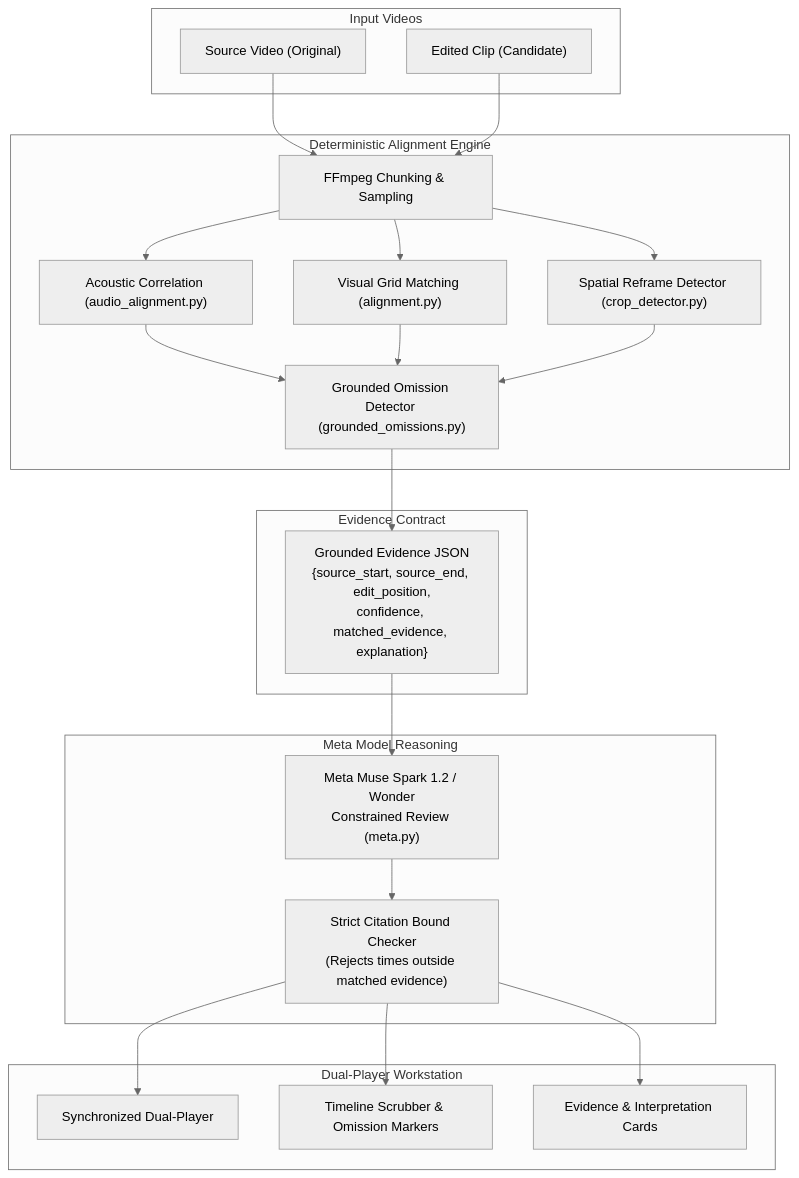
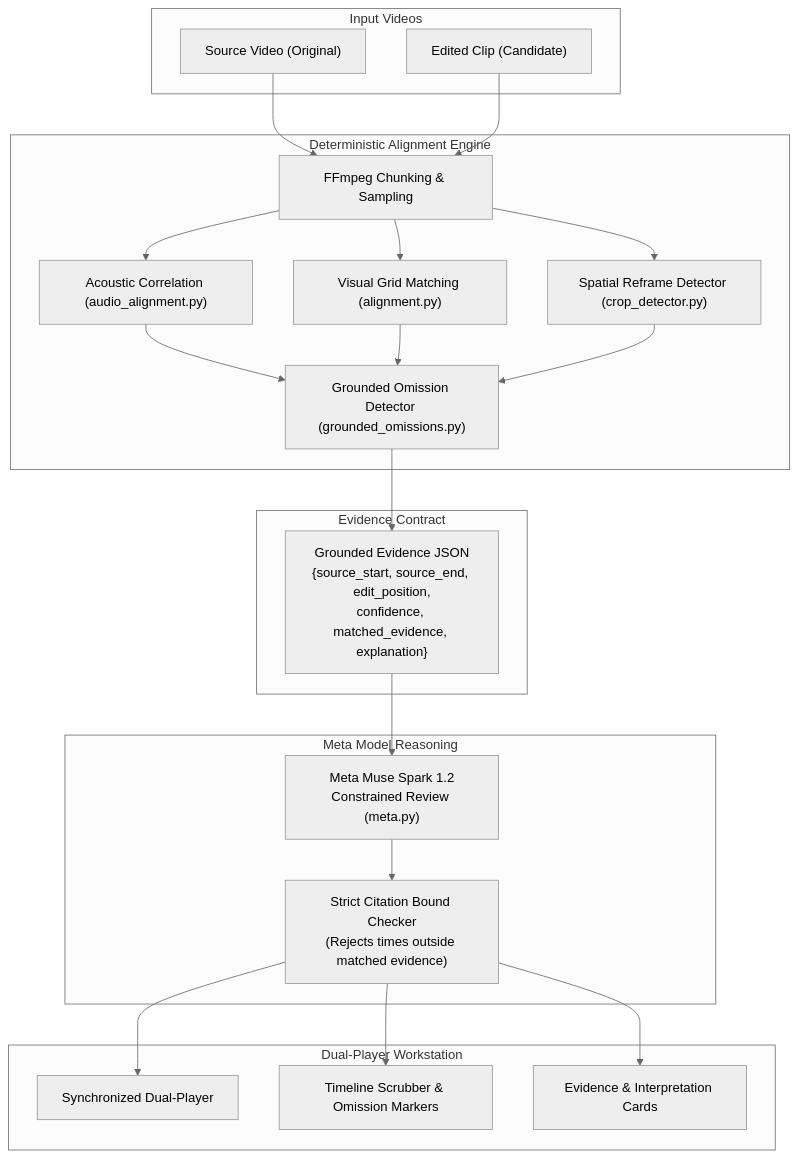
The diagram in README.md (thecodekaizen/context), drawn with Mermaid (neutral theme) before and after one commit. The commit also changed other lines of this file and 5 other files, not shown here.

````diff
--- a/README.md
+++ b/README.md
@@ -28,45 +28,45 @@
 ```mermaid
 flowchart TD
     subgraph Input ["Input Videos"]
         SourceVideo["Source Video (Original)"]
         EditedVideo["Edited Clip (Candidate)"]
     end
 
     subgraph Aligner ["Deterministic Alignment Engine"]
         FFmpeg["FFmpeg Chunking & Sampling"]
         AudioCorr["Acoustic Correlation (audio_alignment.py)"]
         VisualMatch["Visual Grid Matching (alignment.py)"]
         CropDetect["Spatial Reframe Detector (crop_detector.py)"]
         OmissionGrounding["Grounded Omission Detector (grounded_omissions.py)"]
         
         SourceVideo --> FFmpeg
         EditedVideo --> FFmpeg
         FFmpeg --> AudioCorr
         FFmpeg --> VisualMatch
         FFmpeg --> CropDetect
         AudioCorr --> OmissionGrounding
         VisualMatch --> OmissionGrounding
         CropDetect --> OmissionGrounding
     end
 
     subgraph Evidence ["Evidence Contract"]
         EvidenceJSON["Grounded Evidence JSON\n{source_start, source_end, edit_position,\nconfidence, matched_evidence, explanation}"]
         OmissionGrounding --> EvidenceJSON
     end
 
     subgraph Reasoning ["Meta Model Reasoning"]
-        MetaSpark["Meta Muse Spark 1.2 / Wonder\nConstrained Review (meta.py)"]
+        MetaSpark["Meta Muse Spark 1.2\nConstrained Review (meta.py)"]
         CitationGuard["Strict Citation Bound Checker\n(Rejects times outside matched evidence)"]
         EvidenceJSON --> MetaSpark
         MetaSpark --> CitationGuard
     end
 
     subgraph UI ["Dual-Player Workstation"]
         DualPlayer["Synchronized Dual-Player"]
         Timeline["Timeline Scrubber & Omission Markers"]
         Cards["Evidence & Interpretation Cards"]
         CitationGuard --> DualPlayer
         CitationGuard --> Timeline
         CitationGuard --> Cards
     end
 ```
````
